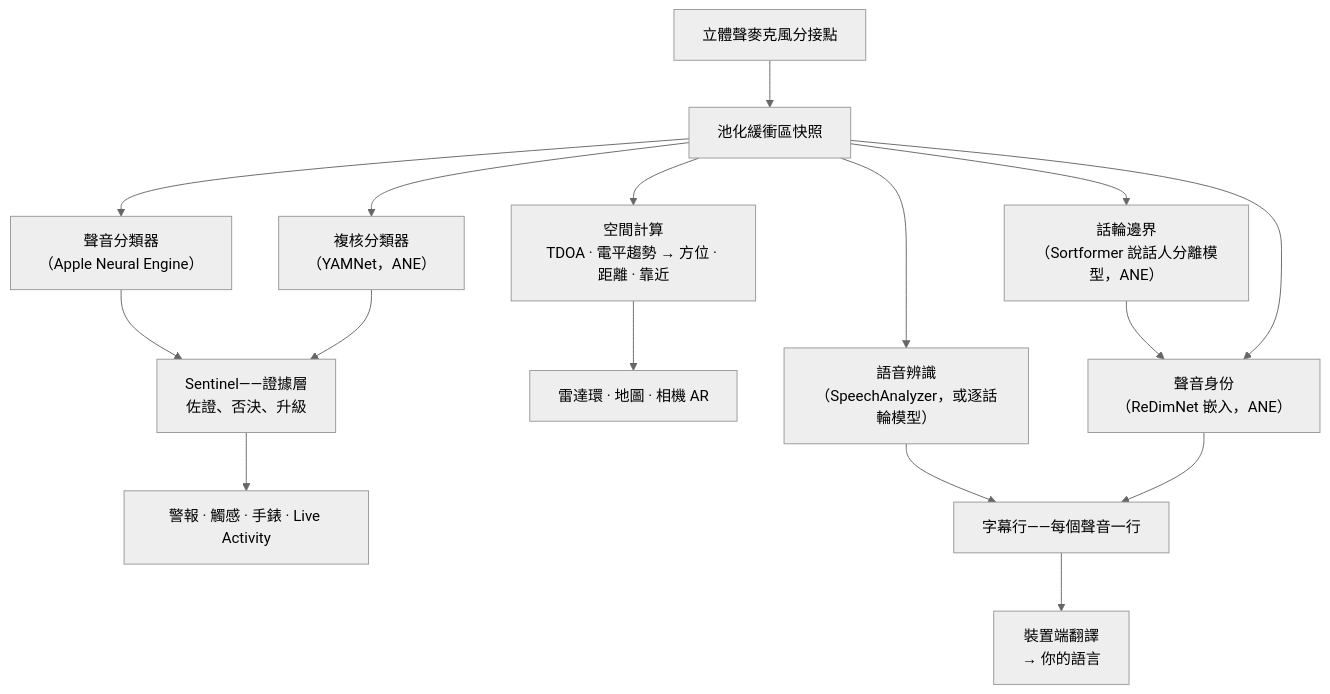
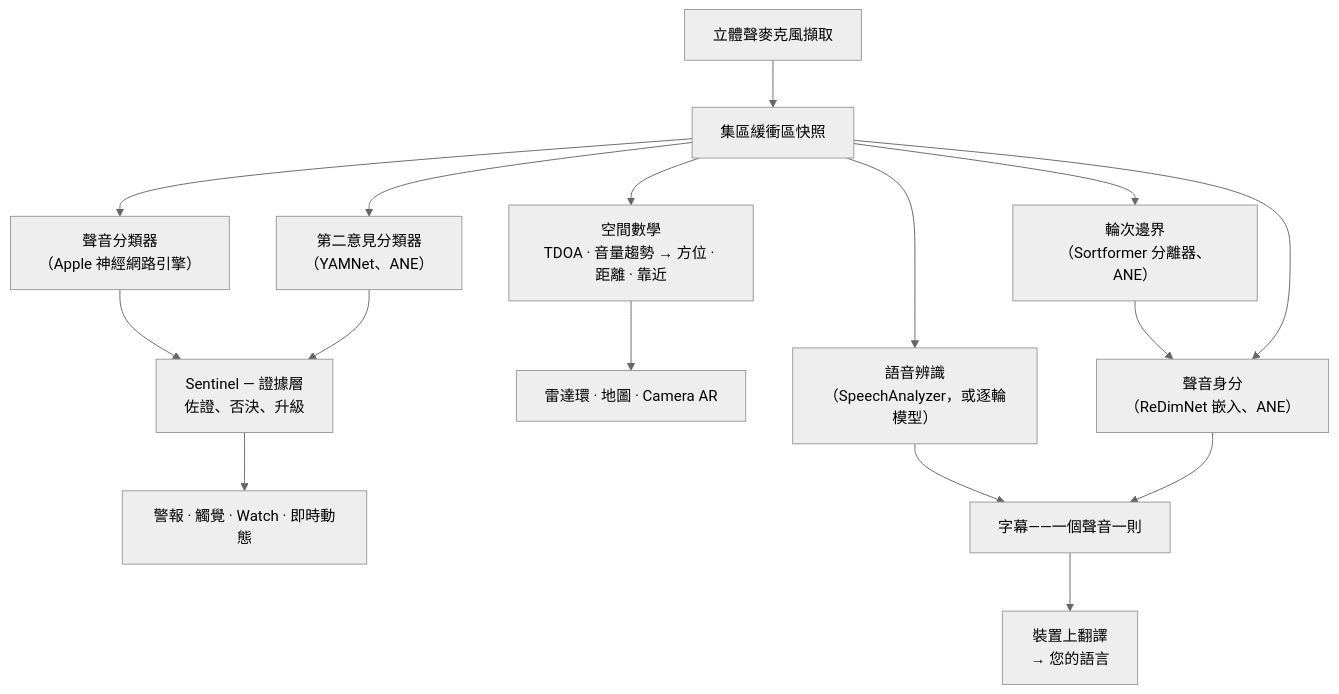
Before and after one commit to rpalm01-star/VigilantEarLegal: the second of 4 diagrams in README_zh-Hant.md, drawn with Mermaid (neutral theme). The commit also changed other lines of this file and 14 other files, not shown here.

````diff
--- a/README_zh-Hant.md
+++ b/README_zh-Hant.md
@@ -145,18 +164,18 @@
 ```mermaid
 graph TD
-    A["立體聲麥克風分接點"] --> B["池化緩衝區快照"]
-    B --> C["聲音分類器<br/>（Apple Neural Engine）"]
-    B --> Y["複核分類器<br/>（YAMNet，ANE）"]
-    C --> S["Sentinel——證據層<br/>佐證、否決、升級"]
+    A["立體聲麥克風擷取"] --> B["集區緩衝區快照"]
+    B --> C["聲音分類器<br/>（Apple 神經網路引擎）"]
+    B --> Y["第二意見分類器<br/>（YAMNet、ANE）"]
+    C --> S["Sentinel — 證據層<br/>佐證、否決、升級"]
     Y --> S
-    S --> H["警報 · 觸感 · 手錶 · Live Activity"]
-    B --> D["空間計算<br/>TDOA · 電平趨勢 → 方位 · 距離 · 靠近"]
-    D --> R["雷達環 · 地圖 · 相機 AR"]
-    B --> F["語音辨識<br/>（SpeechAnalyzer，或逐話輪模型）"]
-    B --> N["話輪邊界<br/>（Sortformer 說話人分離模型，ANE）"]
-    N --> E["聲音身份<br/>（ReDimNet 嵌入，ANE）"]
+    S --> H["警報 · 觸覺 · Watch · 即時動態"]
+    B --> D["空間數學<br/>TDOA · 音量趨勢 → 方位 · 距離 · 靠近"]
+    D --> R["雷達環 · 地圖 · Camera AR"]
+    B --> F["語音辨識<br/>（SpeechAnalyzer，或逐輪模型）"]
+    B --> N["輪次邊界<br/>（Sortformer 分離器、ANE）"]
+    N --> E["聲音身分<br/>（ReDimNet 嵌入、ANE）"]
     B --> E
-    F --> G["字幕行——每個聲音一行"]
+    F --> G["字幕——一個聲音一則"]
     E --> G
-    G --> T["裝置端翻譯<br/>→ 你的語言"]
+    G --> T["裝置上翻譯<br/>→ 您的語言"]
 ```
````
